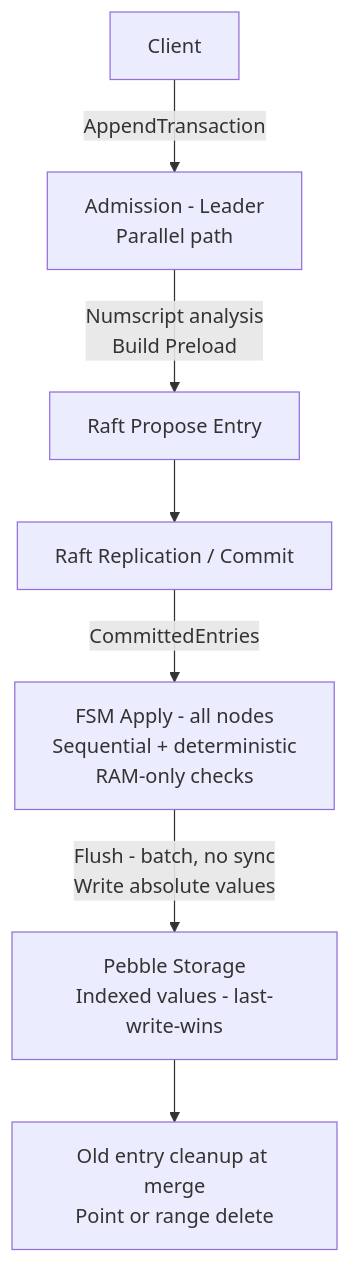
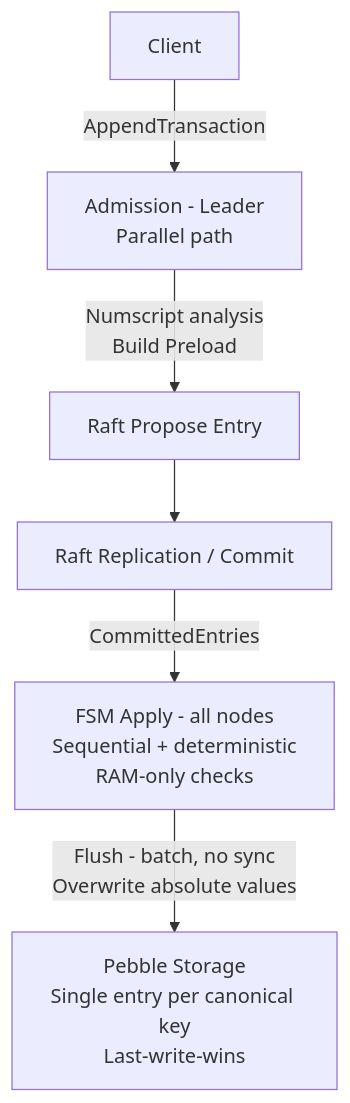
Before and after one commit to formancehq/ledger: the second of 3 diagrams in docs/technical/architecture/core/deterministic-fsm.md, drawn with Mermaid. The commit also changed other lines of this file, not shown here.

````diff
--- a/docs/technical/architecture/core/deterministic-fsm.md
+++ b/docs/technical/architecture/core/deterministic-fsm.md
@@ -507,9 +494,8 @@
 ```mermaid
 flowchart TD
   C[Client] -->|AppendTransaction| A[Admission - Leader<br/>Parallel path]
   A -->|Numscript analysis<br/>Build Preload| P[Raft Propose Entry]
   P --> R[Raft Replication / Commit]
   R -->|CommittedEntries| F[FSM Apply - all nodes<br/>Sequential + deterministic<br/>RAM-only checks]
-  F -->|Flush - batch, no sync<br/>Write absolute values| S[Pebble Storage<br/>Indexed values - last-write-wins]
-  S --> BG[Old entry cleanup at merge<br/>Point or range delete]
+  F -->|Flush - batch, no sync<br/>Overwrite absolute values| S[Pebble Storage<br/>Single entry per canonical key<br/>Last-write-wins]
 ```
````
